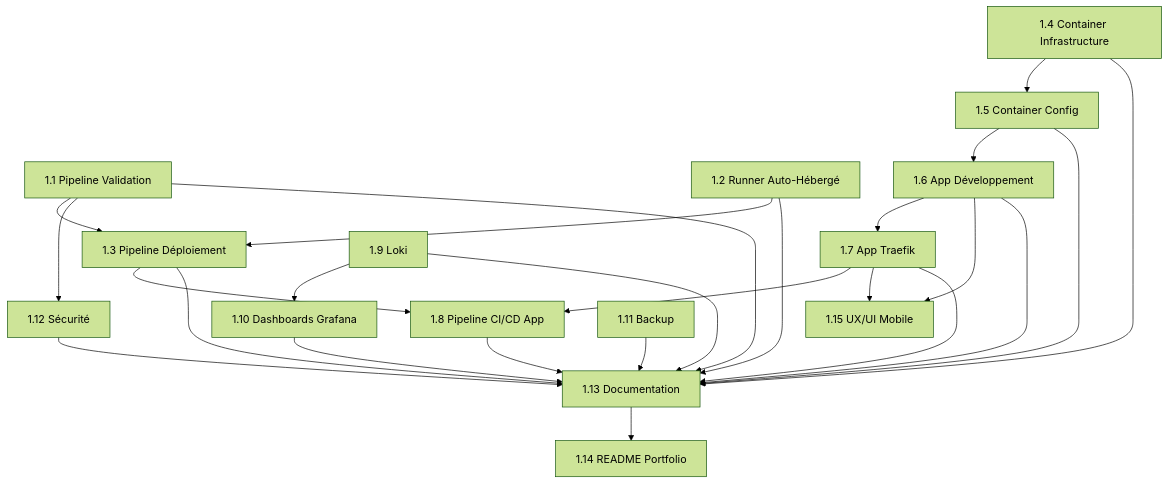
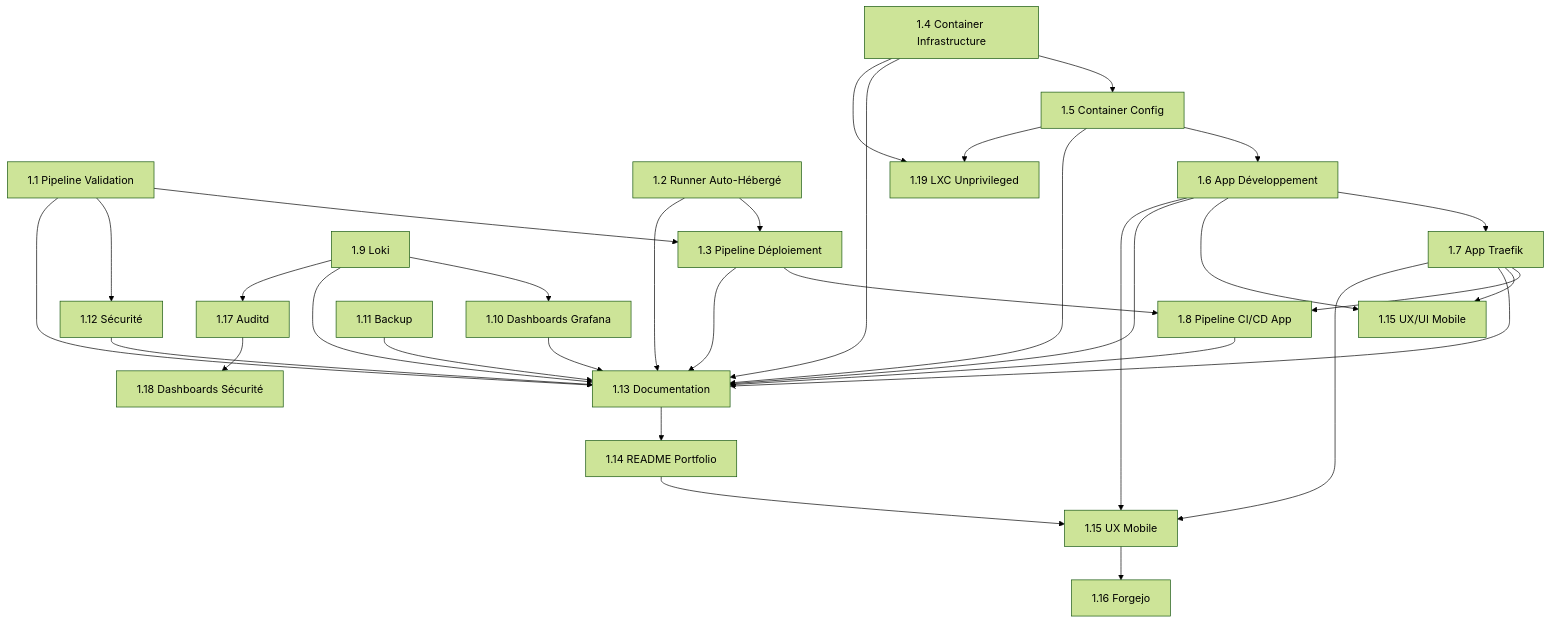
Before and after one commit to HibOOps/infra-oldevops: the diagram in docs/stories/ROADMAP.md, drawn with Mermaid (forest theme). The commit also changed other lines of this file and 23 other files, not shown here.

````diff
--- a/docs/stories/ROADMAP.md
+++ b/docs/stories/ROADMAP.md
@@ -161,19 +180,25 @@
 ```mermaid
 graph TD
     A[1.1 Pipeline Validation] --> D[1.3 Pipeline Déploiement]
     B[1.2 Runner Auto-Hébergé] --> D
     D --> H[1.8 Pipeline CI/CD App]
 
     E[1.4 Container Infrastructure] --> F[1.5 Container Config]
     F --> G[1.6 App Développement]
     G --> I[1.7 App Traefik]
     I --> H
     G & I --> P[1.15 UX/UI Mobile]
 
     J[1.9 Loki] --> K[1.10 Dashboards Grafana]
 
     A --> L[1.12 Sécurité]
 
     A & B & D & E & F & G & I & H & J & K & M[1.11 Backup] & L --> N[1.13 Documentation]
     N --> O[1.14 README Portfolio]
+    O --> Q[1.15 UX Mobile]
+    G & I --> Q
+    Q --> R[1.16 Forgejo]
+    J --> S[1.17 Auditd]
+    S --> T[1.18 Dashboards Sécurité]
+    E & F --> U[1.19 LXC Unprivileged]
 ```
````
